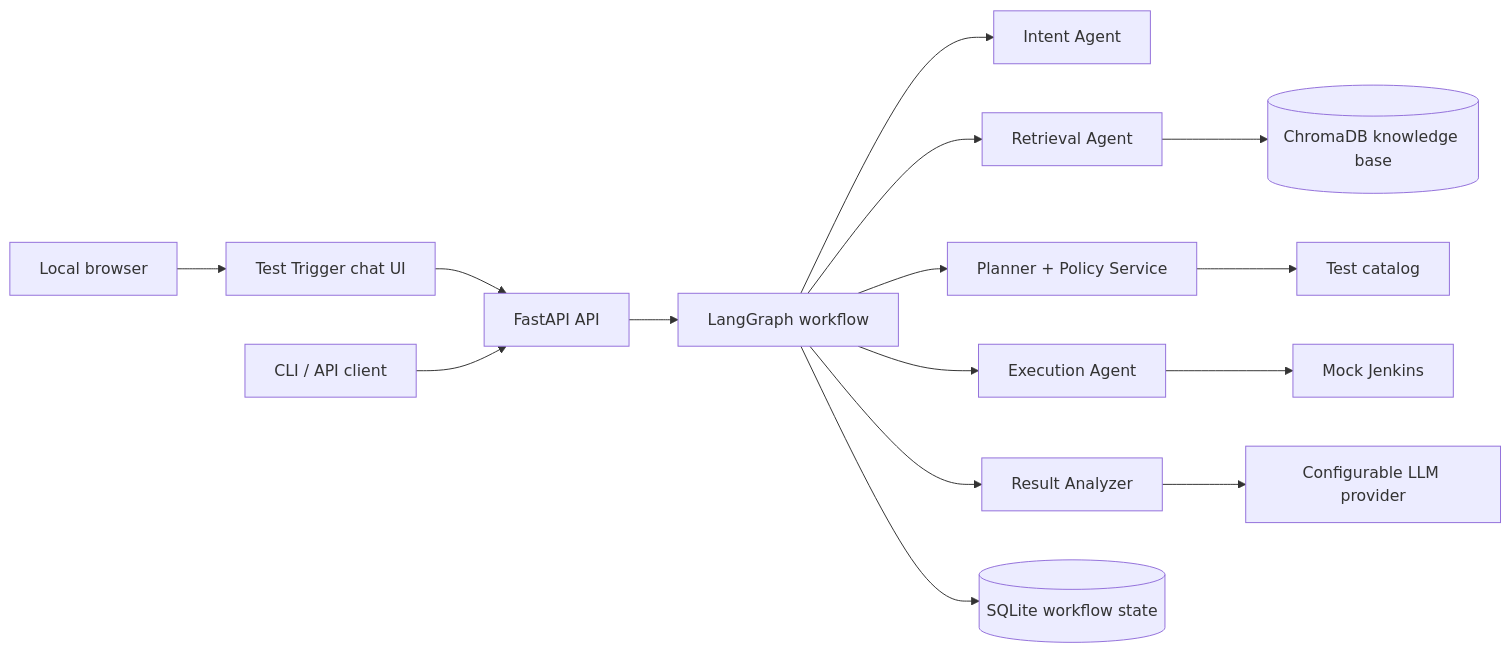
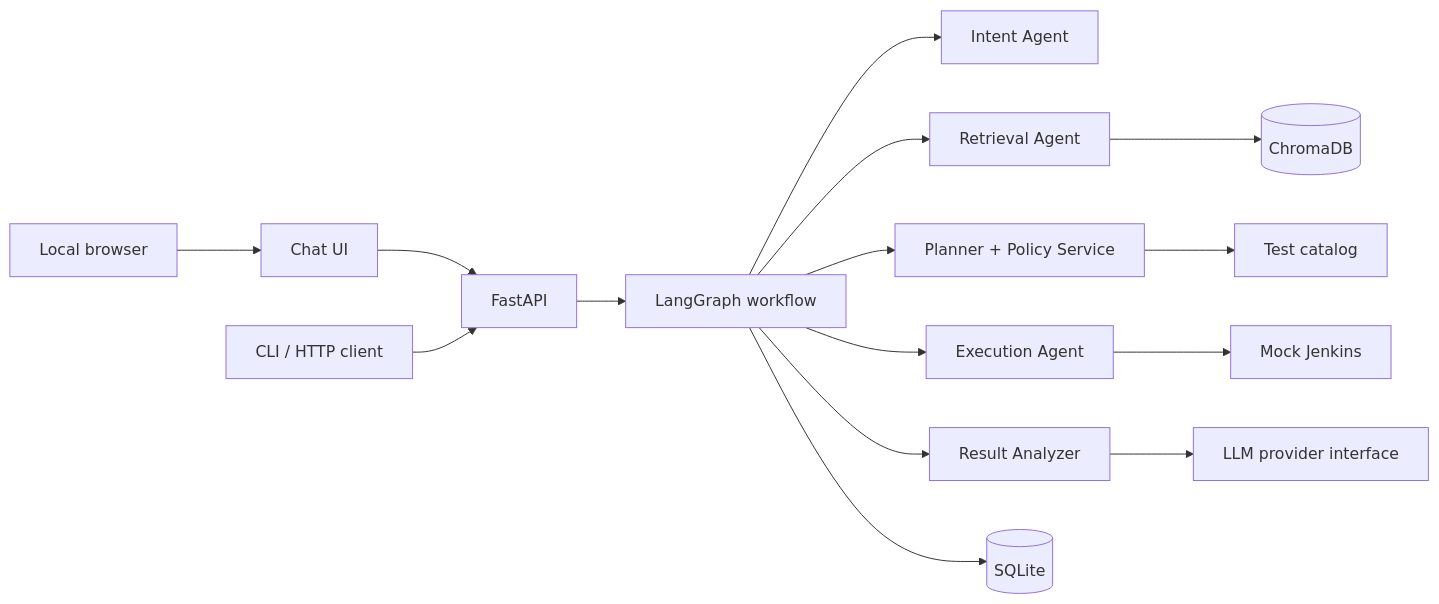
One commit to Himanshu507/TestTrigger changed the diagram in README.md. Above: the diagram before and after it, drawn with Mermaid. The commit also changed other lines of this file and 17 other files, not shown here.

````diff
--- a/README.md
+++ b/README.md
@@ -27,17 +76,17 @@
 ```mermaid
 flowchart LR
-    C["Local browser"] --> W["Test Trigger chat UI"]
-    W --> A["FastAPI API"]
-    CLI["CLI / API client"] --> A
+    C["Local browser"] --> W["Chat UI"]
+    W --> A["FastAPI"]
+    CLI["CLI / HTTP client"] --> A
     A --> G["LangGraph workflow"]
     G --> I["Intent Agent"]
     G --> R["Retrieval Agent"]
     G --> P["Planner + Policy Service"]
     G --> E["Execution Agent"]
     G --> N["Result Analyzer"]
-    R --> V[("ChromaDB knowledge base")]
+    R --> V[("ChromaDB")]
     P --> T["Test catalog"]
     E --> J["Mock Jenkins"]
-    G --> S[("SQLite workflow state")]
-    N --> L["Configurable LLM provider"]
+    G --> S[("SQLite")]
+    N --> L["LLM provider interface"]
 ```
````
